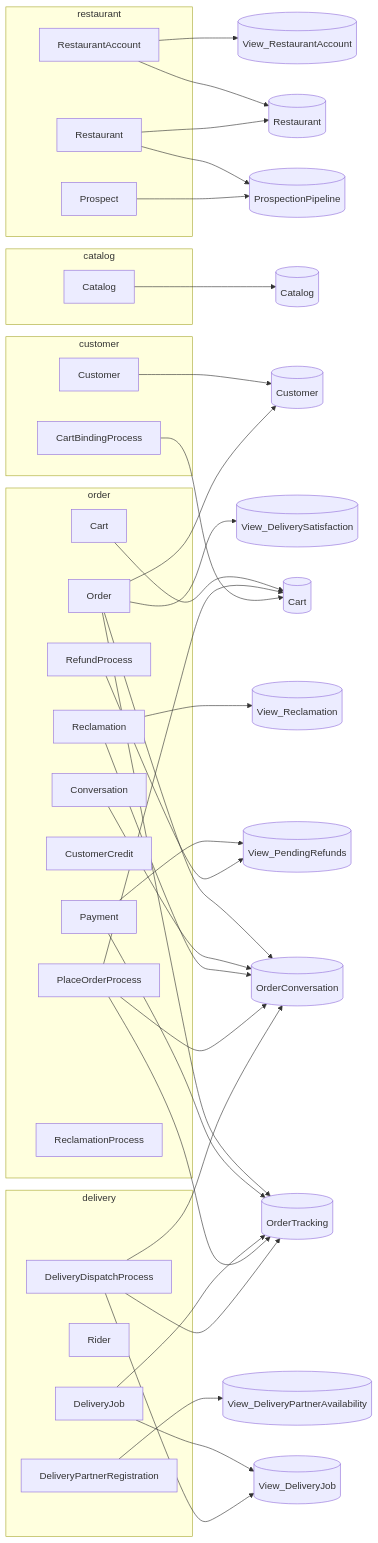
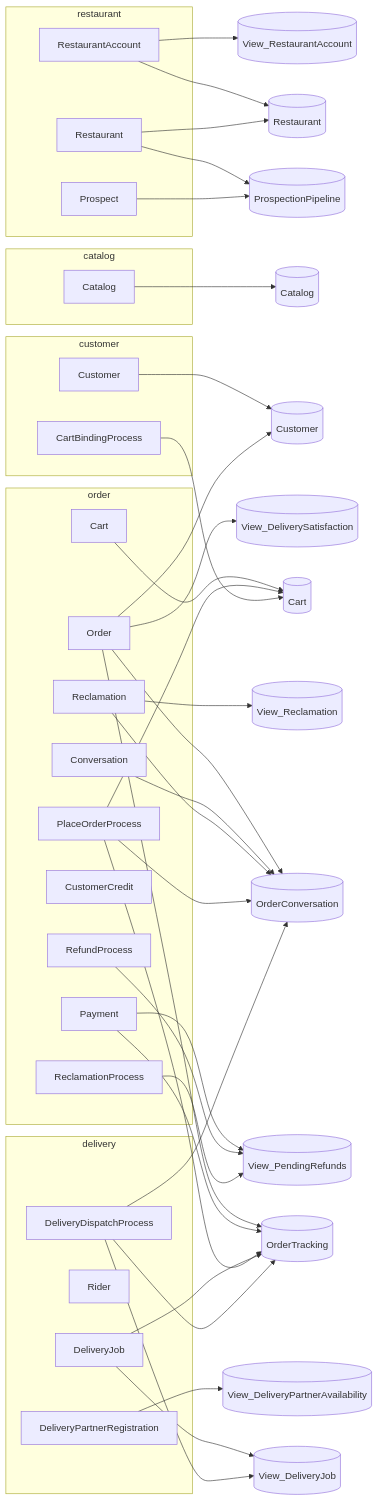
Before and after one commit to TheCaptainCompany/captain-food: the second of 7 diagrams in specs/generated/c4.generated.md, drawn with Mermaid. The commit also changed 14 other files, not shown here.

````diff
--- a/specs/generated/c4.generated.md
+++ b/specs/generated/c4.generated.md
@@ -64,73 +64,74 @@
 ```mermaid
 flowchart LR
   subgraph g_restaurant["restaurant"]
     a_RestaurantAccount["RestaurantAccount"]
     a_Restaurant["Restaurant"]
     a_Prospect["Prospect"]
   end
   subgraph g_catalog["catalog"]
     a_Catalog["Catalog"]
   end
   subgraph g_order["order"]
     a_Cart["Cart"]
     a_Order["Order"]
     a_Payment["Payment"]
     a_Conversation["Conversation"]
     a_Reclamation["Reclamation"]
     a_CustomerCredit["CustomerCredit"]
     a_PlaceOrderProcess["PlaceOrderProcess"]
     a_RefundProcess["RefundProcess"]
     a_ReclamationProcess["ReclamationProcess"]
   end
   subgraph g_customer["customer"]
     a_Customer["Customer"]
     a_CartBindingProcess["CartBindingProcess"]
   end
   subgraph g_delivery["delivery"]
     a_DeliveryJob["DeliveryJob"]
     a_Rider["Rider"]
     a_DeliveryPartnerRegistration["DeliveryPartnerRegistration"]
     a_DeliveryDispatchProcess["DeliveryDispatchProcess"]
   end
   v_View_RestaurantAccount[("View_RestaurantAccount")]
   v_Restaurant[("Restaurant")]
   v_ProspectionPipeline[("ProspectionPipeline")]
   v_View_DeliveryPartnerAvailability[("View_DeliveryPartnerAvailability")]
   v_Catalog[("Catalog")]
   v_Customer[("Customer")]
   v_Cart[("Cart")]
   v_OrderTracking[("OrderTracking")]
   v_OrderConversation[("OrderConversation")]
   v_View_DeliverySatisfaction[("View_DeliverySatisfaction")]
   v_View_PendingRefunds[("View_PendingRefunds")]
   v_View_DeliveryJob[("View_DeliveryJob")]
   v_View_Reclamation[("View_Reclamation")]
   a_RestaurantAccount --> v_View_RestaurantAccount
   a_RestaurantAccount --> v_Restaurant
   a_Restaurant --> v_Restaurant
   a_Restaurant --> v_ProspectionPipeline
   a_Prospect --> v_ProspectionPipeline
   a_DeliveryPartnerRegistration --> v_View_DeliveryPartnerAvailability
   a_Catalog --> v_Catalog
   a_Customer --> v_Customer
   a_Cart --> v_Cart
   a_Order --> v_OrderTracking
   a_Order --> v_OrderConversation
   a_Order --> v_Customer
   a_Order --> v_View_DeliverySatisfaction
   a_Payment --> v_OrderTracking
   a_Payment --> v_View_PendingRefunds
   a_DeliveryJob --> v_View_DeliveryJob
   a_DeliveryJob --> v_OrderTracking
   a_Conversation --> v_OrderConversation
   a_Reclamation --> v_View_Reclamation
   a_Reclamation --> v_OrderConversation
   a_PlaceOrderProcess --> v_OrderTracking
   a_PlaceOrderProcess --> v_OrderConversation
   a_PlaceOrderProcess --> v_Cart
   a_RefundProcess --> v_View_PendingRefunds
   a_CartBindingProcess --> v_Cart
   a_DeliveryDispatchProcess --> v_View_DeliveryJob
   a_DeliveryDispatchProcess --> v_OrderTracking
   a_DeliveryDispatchProcess --> v_OrderConversation
+  a_ReclamationProcess --> v_View_PendingRefunds
 ```
````
